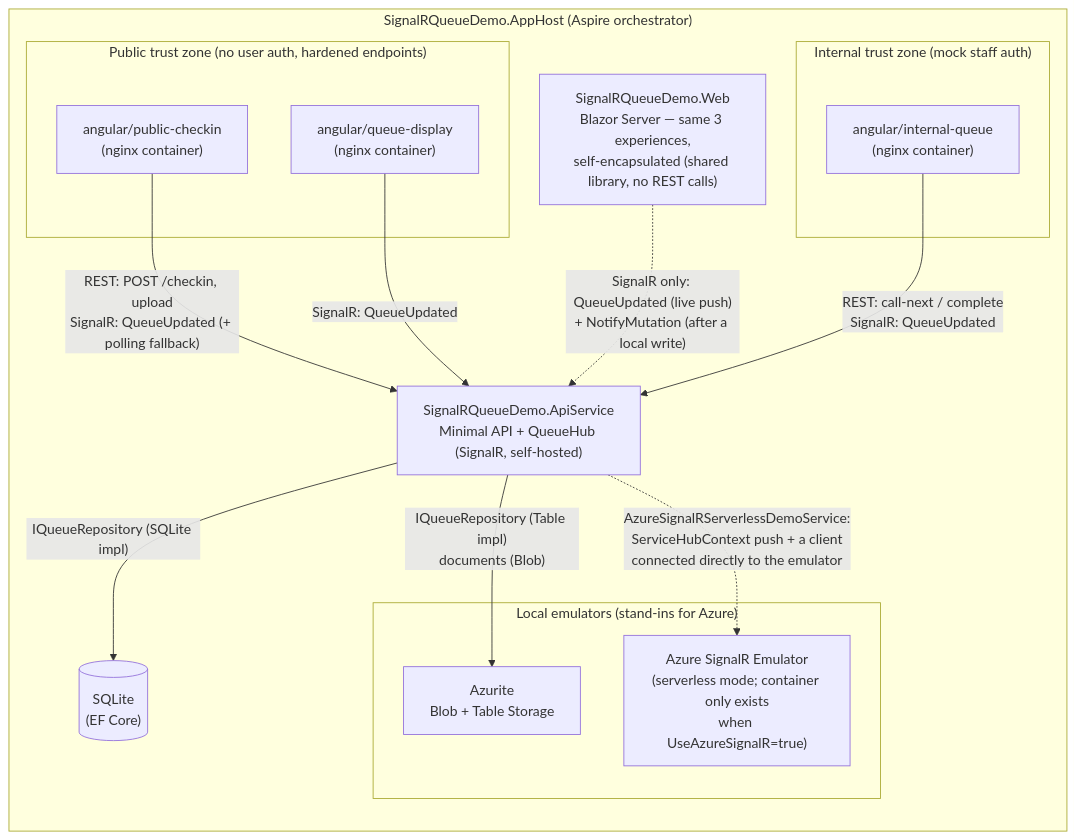
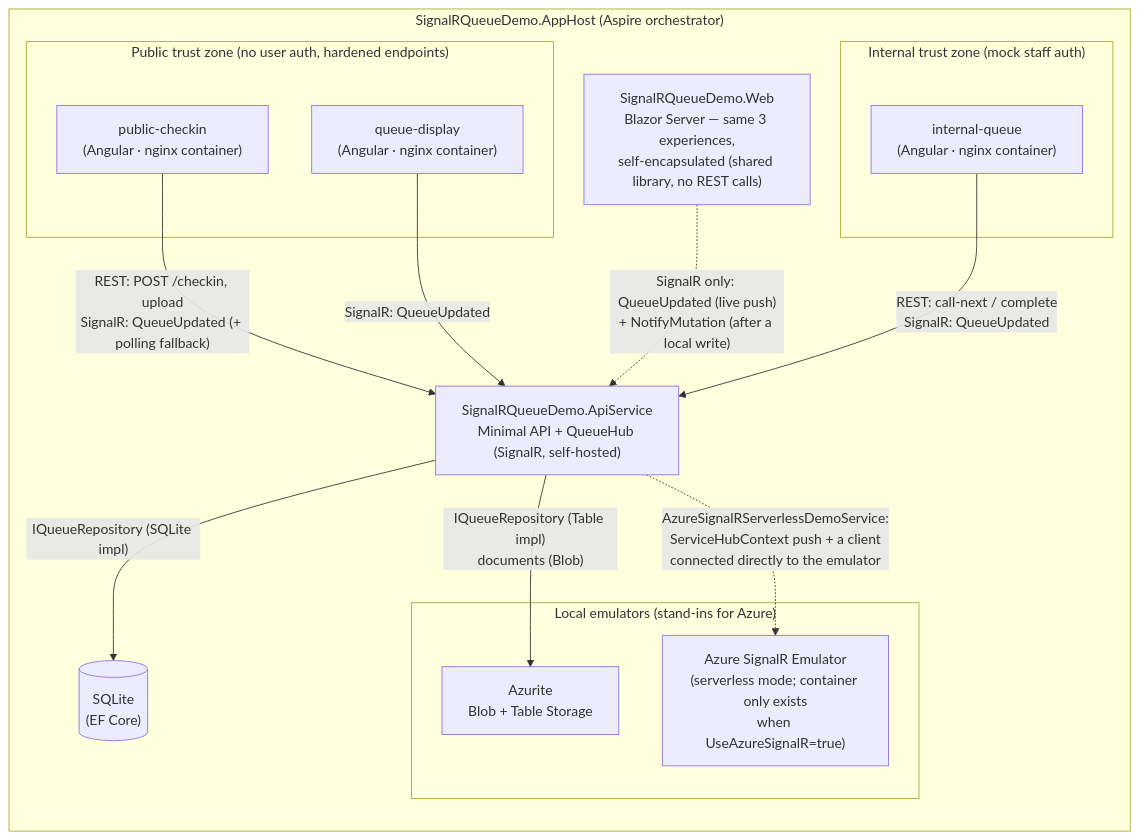
Before and after one commit to glensouza/signalr-queue-demo: the first of 2 diagrams in docs/architecture.md, drawn with Mermaid. The commit also changed other lines of this file and 64 other files, not shown here.

````diff
--- a/docs/architecture.md
+++ b/docs/architecture.md
@@ -9,34 +9,34 @@
 ```mermaid
 flowchart TB
     subgraph AppHost["SignalRQueueDemo.AppHost (Aspire orchestrator)"]
         direction TB
 
         subgraph public["Public trust zone (no user auth, hardened endpoints)"]
-            checkin["angular/public-checkin<br/>(nginx container)"]
-            display["angular/queue-display<br/>(nginx container)"]
+            checkin["public-checkin<br/>(Angular · nginx container)"]
+            display["queue-display<br/>(Angular · nginx container)"]
         end
 
         subgraph internal["Internal trust zone (mock staff auth)"]
-            staff["angular/internal-queue<br/>(nginx container)"]
+            staff["internal-queue<br/>(Angular · nginx container)"]
         end
 
         blazor["SignalRQueueDemo.Web<br/>Blazor Server — same 3 experiences,<br/>self-encapsulated (shared library, no REST calls)"]
 
         api["SignalRQueueDemo.ApiService<br/>Minimal API + QueueHub (SignalR, self-hosted)"]
 
         subgraph emulators["Local emulators (stand-ins for Azure)"]
             azurite["Azurite<br/>Blob + Table Storage"]
             sigemu["Azure SignalR Emulator<br/>(serverless mode; container only exists<br/>when UseAzureSignalR=true)"]
         end
 
         sqlite[("SQLite<br/>(EF Core)")]
     end
 
     checkin -- "REST: POST /checkin, upload<br/>SignalR: QueueUpdated (+ polling fallback)" --> api
     staff -- "REST: call-next / complete<br/>SignalR: QueueUpdated" --> api
     display -- "SignalR: QueueUpdated" --> api
     blazor -. "SignalR only: QueueUpdated (live push)<br/>+ NotifyMutation (after a local write)" .-> api
     api -- "IQueueRepository (SQLite impl)" --> sqlite
     api -- "IQueueRepository (Table impl)<br/>documents (Blob)" --> azurite
     api -. "AzureSignalRServerlessDemoService:<br/>ServiceHubContext push + a client<br/>connected directly to the emulator" .-> sigemu
 ```
````
